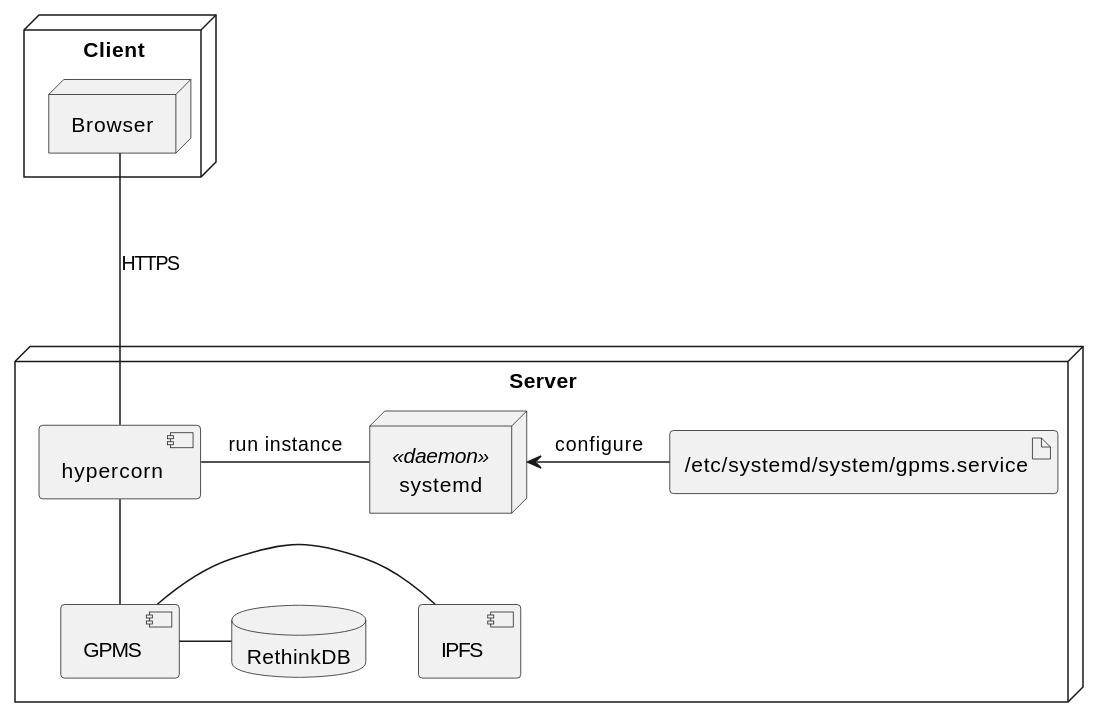
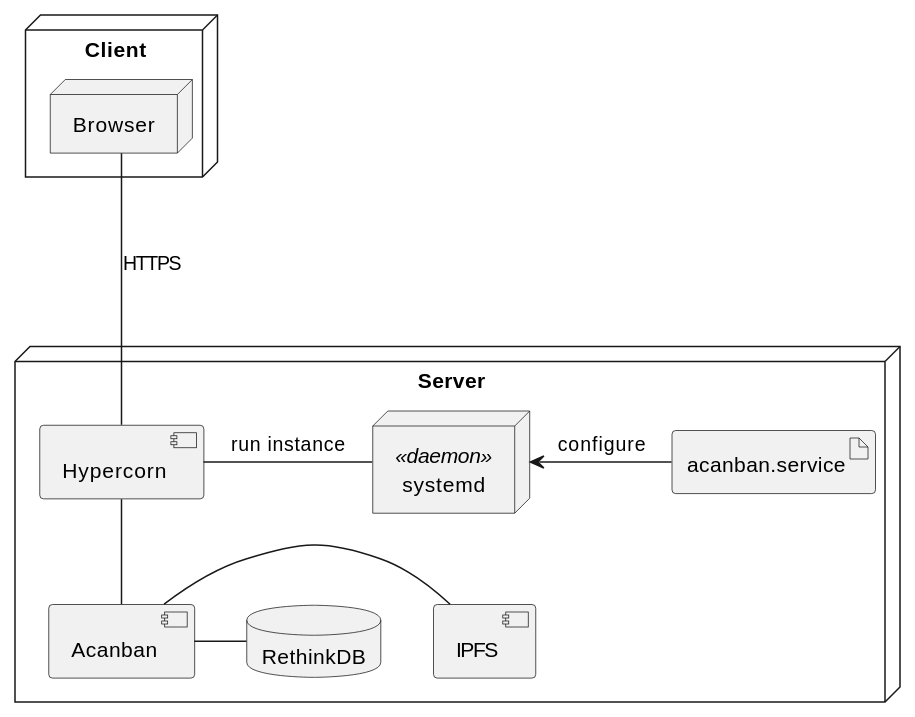
Before and after one commit to Huy-Ngo/acanban: the first of 2 diagrams in docs/source/solution/distribution.rst, drawn with PlantUML. The commit also changed other lines of this file and 9 other files, not shown here.

```diff
--- a/docs/source/solution/distribution.rst
+++ b/docs/source/solution/distribution.rst
@@ -7,21 +7,21 @@
 .. uml::
 
    node Client {
       node Browser
    }
 
    node Server {
       database "RethinkDB" as db
-      artifact "/etc/systemd/system/gpms.service" as systemd_conf
-      component GPMS as gpms
-      component hypercorn
+      artifact "acanban.service" as systemd_conf
+      component Acanban
+      component Hypercorn
       node systemd <<daemon>>
       component IPFS
    }
 
-   Browser --- hypercorn: HTTPS
-   hypercorn - systemd: run instance
+   Browser --- Hypercorn: HTTPS
+   Hypercorn - systemd: run instance
    systemd <- systemd_conf: configure
-   hypercorn -- gpms
-   gpms - IPFS
-   gpms - db
+   Hypercorn -- Acanban
+   Acanban - IPFS
+   Acanban - db
```
